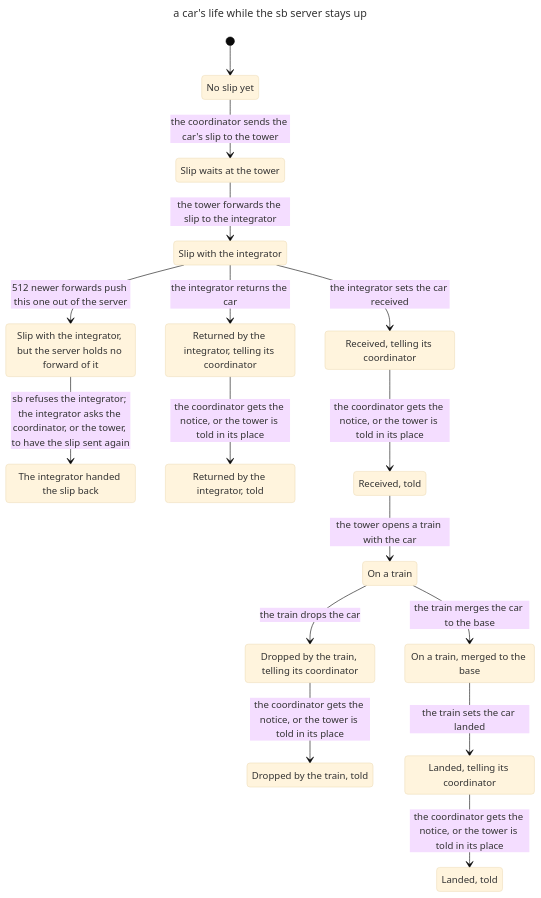
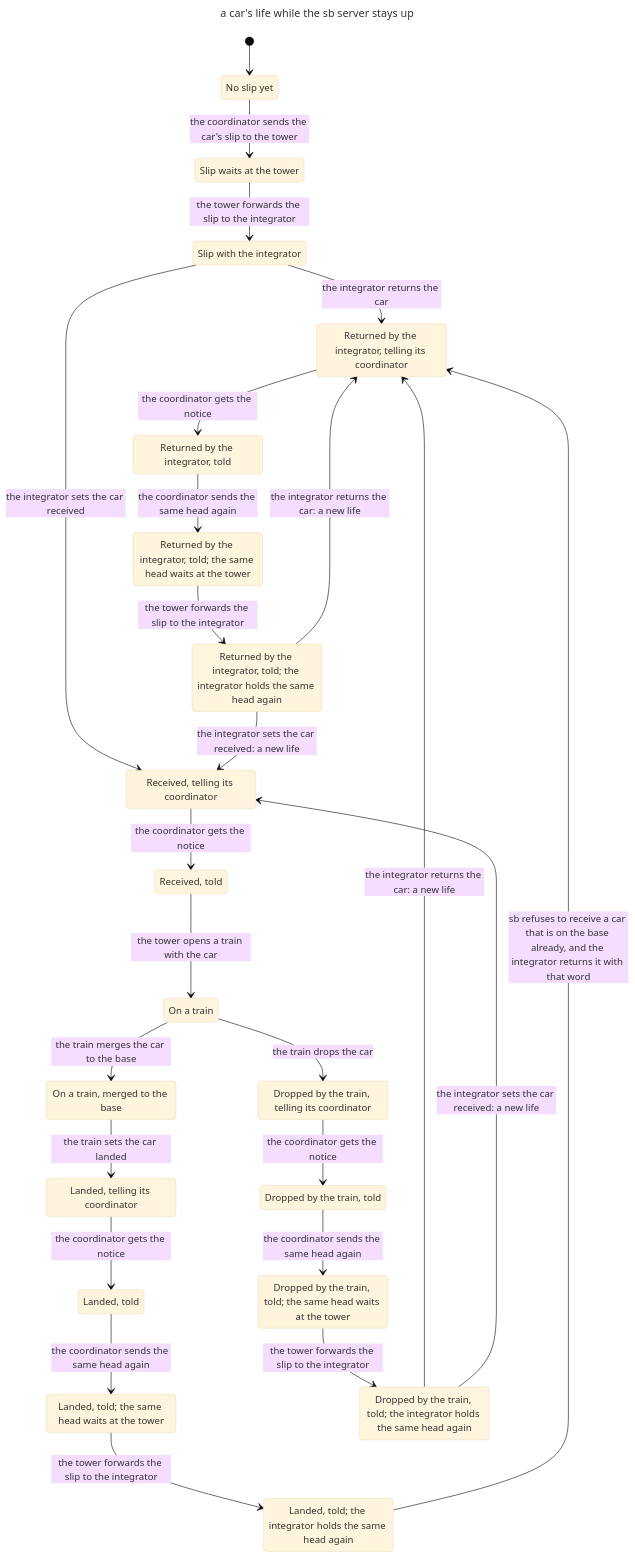
Before and after one commit to wayne930242/pi-straw-boss: the diagram in docs/models/car-forward/check/lifecycle/chart.mmd, drawn with Mermaid (base theme). The commit also changed 29 other files, not shown here.

First line of the commit message:
fix(cars): integrator waits for returned notices, new car life after an end, a car lands once

```diff
--- a/docs/models/car-forward/check/lifecycle/chart.mmd
+++ b/docs/models/car-forward/check/lifecycle/chart.mmd
@@ -1,34 +1,47 @@
 ---
 title: "a car's life while the sb server stays up"
 ---
 stateDiagram-v2
   s0: No slip yet
   s1: Slip waits at the tower
   s2: Slip with the integrator
-  s3: Slip with the integrator, but the server holds no forward of it
-  s4: Returned by the integrator, telling its coordinator
-  s5: Received, telling its coordinator
-  s6: The integrator handed the slip back
-  s7: Returned by the integrator, told
-  s8: Received, told
-  s9: On a train
+  s3: Returned by the integrator, telling its coordinator
+  s4: Received, telling its coordinator
+  s5: Returned by the integrator, told
+  s6: Received, told
+  s7: Returned by the integrator, told#59; the same head waits at the tower
+  s8: On a train
+  s9: Returned by the integrator, told#59; the integrator holds the same head again
   s10: Dropped by the train, telling its coordinator
   s11: On a train, merged to the base
   s12: Dropped by the train, told
   s13: Landed, telling its coordinator
-  s14: Landed, told
+  s14: Dropped by the train, told#59; the same head waits at the tower
+  s15: Landed, told
+  s16: Landed, told#59; the same head waits at the tower
+  s17: Dropped by the train, told#59; the integrator holds the same head again
+  s18: Landed, told#59; the integrator holds the same head again
   [*] --> s0
   s0 --> s1: the coordinator sends the car's slip to the tower
   s1 --> s2: the tower forwards the slip to the integrator
-  s2 --> s3: 512 newer forwards push this one out of the server
-  s2 --> s4: the integrator returns the car
-  s2 --> s5: the integrator sets the car received
-  s3 --> s6: sb refuses the integrator#59; the integrator asks the coordinator, or the tower, to have the slip sent again
-  s4 --> s7: the coordinator gets the notice, or the tower is told in its place
-  s5 --> s8: the coordinator gets the notice, or the tower is told in its place
-  s8 --> s9: the tower opens a train with the car
-  s9 --> s10: the train drops the car
-  s9 --> s11: the train merges the car to the base
-  s10 --> s12: the coordinator gets the notice, or the tower is told in its place
+  s2 --> s3: the integrator returns the car
+  s2 --> s4: the integrator sets the car received
+  s3 --> s5: the coordinator gets the notice
+  s4 --> s6: the coordinator gets the notice
+  s5 --> s7: the coordinator sends the same head again
+  s6 --> s8: the tower opens a train with the car
+  s7 --> s9: the tower forwards the slip to the integrator
+  s8 --> s10: the train drops the car
+  s8 --> s11: the train merges the car to the base
+  s9 --> s3: the integrator returns the car: a new life
+  s9 --> s4: the integrator sets the car received: a new life
+  s10 --> s12: the coordinator gets the notice
   s11 --> s13: the train sets the car landed
-  s13 --> s14: the coordinator gets the notice, or the tower is told in its place
+  s12 --> s14: the coordinator sends the same head again
+  s13 --> s15: the coordinator gets the notice
+  s14 --> s17: the tower forwards the slip to the integrator
+  s15 --> s16: the coordinator sends the same head again
+  s16 --> s18: the tower forwards the slip to the integrator
+  s17 --> s3: the integrator returns the car: a new life
+  s17 --> s4: the integrator sets the car received: a new life
+  s18 --> s3: sb refuses to receive a car that is on the base already, and the integrator returns it with that word
```
